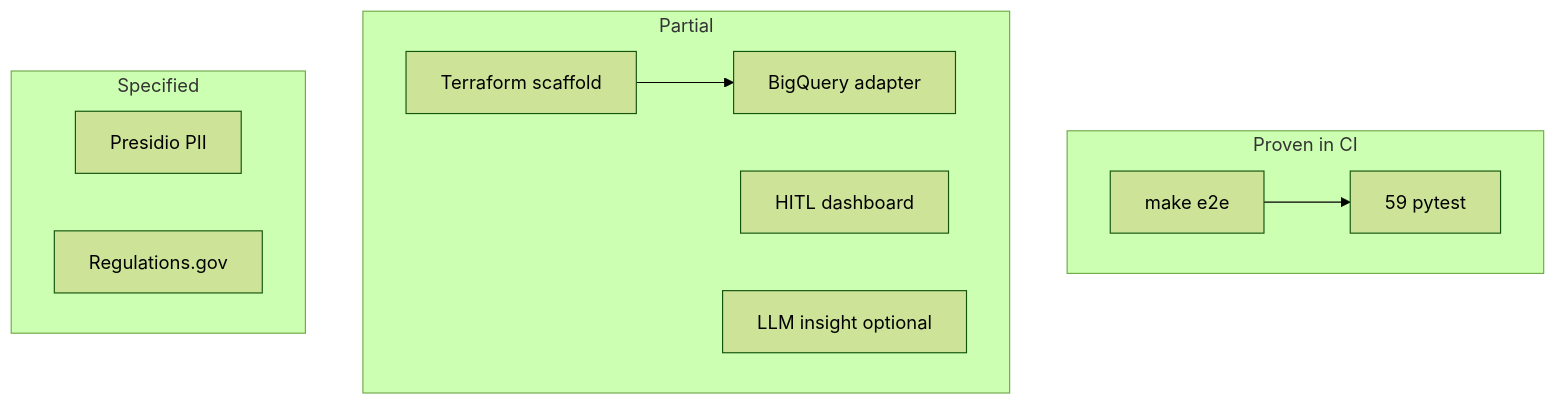
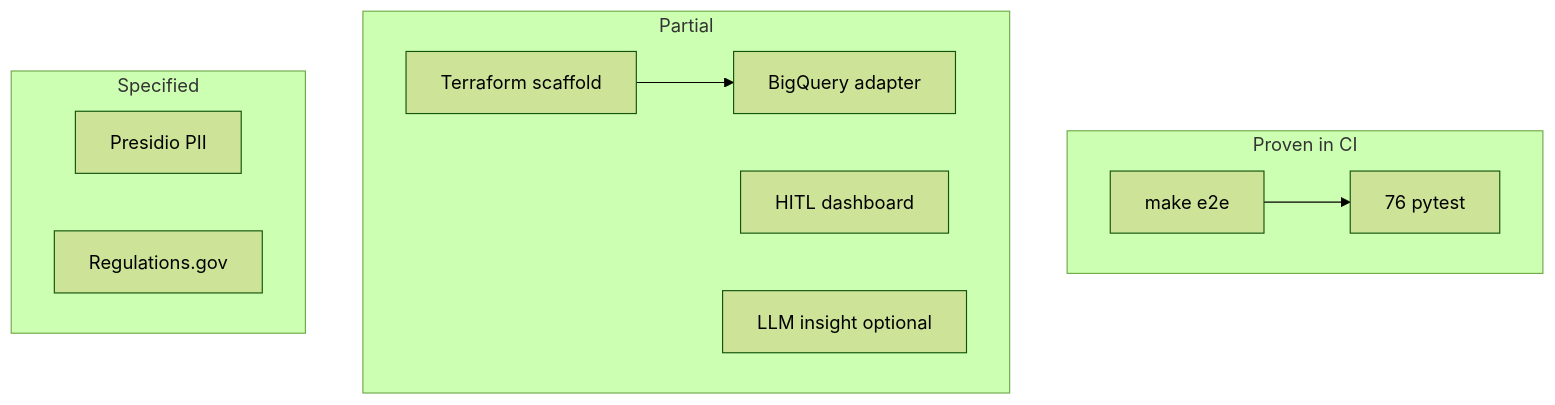
The diagram in docs/FINAL-REVIEW.md (khaosans/operator-etl), drawn with Mermaid (forest theme) before and after one commit. The commit also changed other lines of this file and 33 other files, not shown here.

````diff
--- a/docs/FINAL-REVIEW.md
+++ b/docs/FINAL-REVIEW.md
@@ -50,22 +52,22 @@
 ```mermaid
 flowchart TB
   subgraph proven [Proven in CI]
     E2E[make e2e]
-    Pytest[59 pytest]
+    Pytest[76 pytest]
   end
 
   subgraph partial [Partial]
     TF[Terraform scaffold]
     BQ[BigQuery adapter]
     HITL[HITL dashboard]
     LLM[LLM insight optional]
   end
 
   subgraph specified [Specified]
     Presidio[Presidio PII]
     RegGov[Regulations.gov]
   end
 
   E2E --> Pytest
   TF --> BQ
 ```
````
